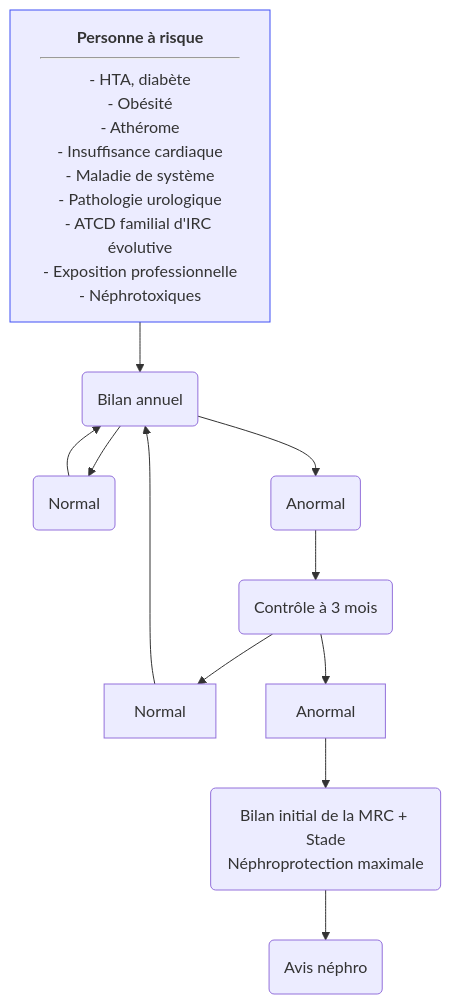
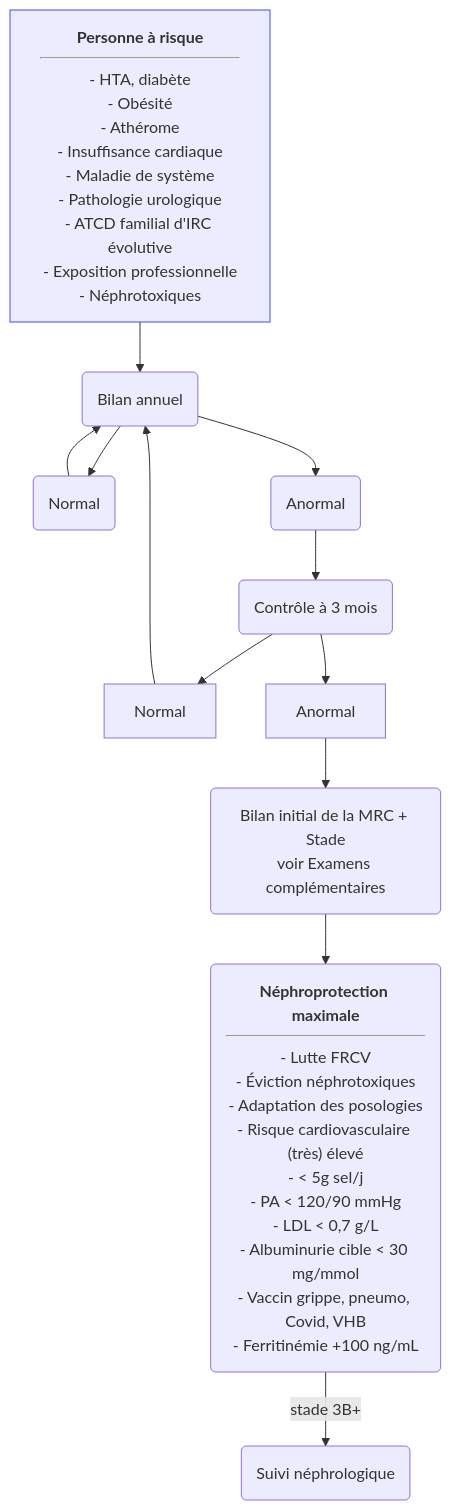
One commit to djibe/recommandations-medicales changed the diagram in content/recommandations/insuffisance-renale-chronique.md. Above: the diagram before and after it, drawn with Mermaid. The commit also changed other lines of this file and 12 other files, not shown here.

```diff
--- a/content/recommandations/insuffisance-renale-chronique.md
+++ b/content/recommandations/insuffisance-renale-chronique.md
@@ -407,14 +411,15 @@
 {{< mermaid title="Conduite à tenir pour le dépistage de la maladie rénale chronique et prise en charge. Dr JB Fron d'après HAS 2021" >}}
 graph TB
 fdr["<b>Personne à risque</b><hr>- HTA, diabète<br>- Obésité<br>- Athérome<br>- Insuffisance cardiaque<br>- Maladie de système<br>- Pathologie urologique<br>- ATCD familial d'IRC évolutive<br>- Exposition professionnelle<br>- Néphrotoxiques"] --> 2(Bilan annuel)
 style fdr stroke:#4150f5, stroke-width:1px
   2 --> 3N(Normal)
     3N --> 2
   2 --> 3A(Anormal)
   3A --> 4(Contrôle à 3 mois)
   4 --> Normal
     Normal --> 2
   4 --> Anormal
-  Anormal --> bilan("Bilan initial de la MRC + Stade<br>Néphroprotection maximale")
-  bilan --> 7(Avis néphro)
+  Anormal --> bilan("Bilan initial de la MRC + Stade<br>voir Examens complémentaires")
+  bilan --> nephroprotection("<strong>Néphroprotection maximale</strong><hr>- Lutte FRCV<br>- Éviction néphrotoxiques<br>- Adaptation des posologies<br>- Risque cardiovasculaire (très) élevé<br>- < 5g sel/j<br>- PA &lt; 120/90 mmHg<br>- LDL &lt; 0,7 g/L<br>- Albuminurie cible &lt; 30 mg/mmol<br>- Vaccin grippe, pneumo, Covid, VHB<br>- Ferritinémie +100 ng/mL")
+  nephroprotection -- stade 3B+ --> avis(Suivi néphrologique)
 {{< /mermaid >}}
```
